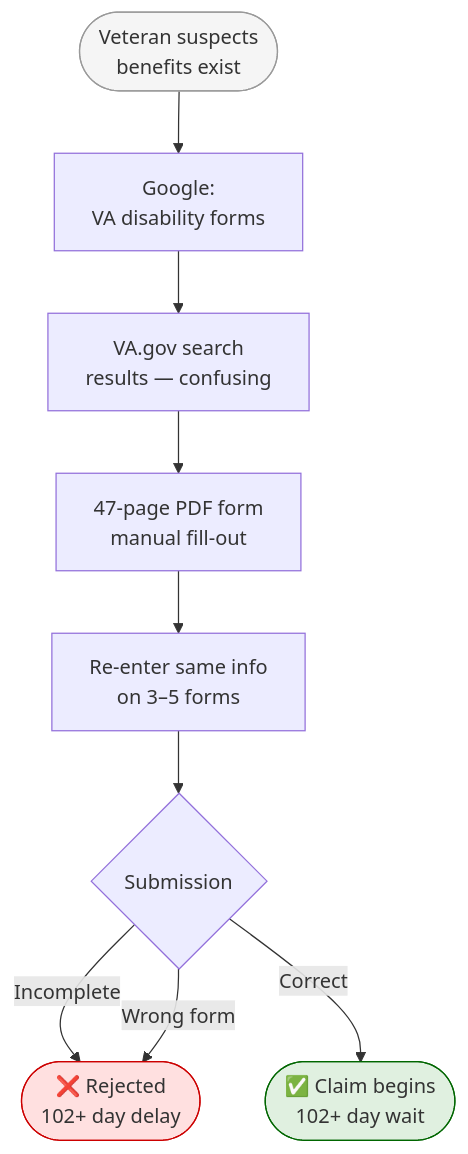
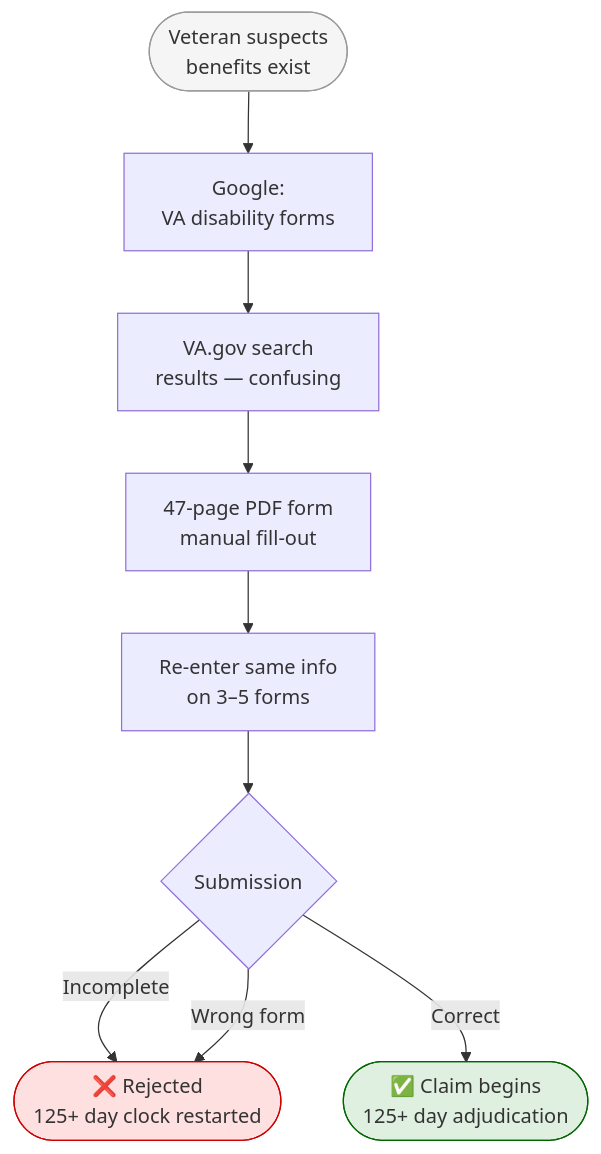
One commit to akaseahawk/VetAssist changed the first of 8 diagrams in README.md. Above: the diagram before and after it, drawn with Mermaid. The commit also changed other lines of this file and 1 other file, not shown here.

````diff
--- a/README.md
+++ b/README.md
@@ -50,15 +60,15 @@
 ```mermaid
 flowchart TD
     A([Veteran suspects\nbenefits exist]) --> B[Google:\nVA disability forms]
     B --> C[VA.gov search\nresults — confusing]
     C --> D[47-page PDF form\nmanual fill-out]
     D --> E[Re-enter same info\non 3–5 forms]
     E --> F{Submission}
-    F -->|Incomplete| G([❌ Rejected\n102+ day delay])
+    F -->|Incomplete| G([❌ Rejected\n125+ day clock restarted])
     F -->|Wrong form| G
-    F -->|Correct| H([✅ Claim begins\n102+ day wait])
+    F -->|Correct| H([✅ Claim begins\n125+ day adjudication])
 
     style A fill:#f5f5f5,stroke:#999
     style G fill:#ffe0e0,stroke:#cc0000
     style H fill:#e0f0e0,stroke:#006600
 ```
````
